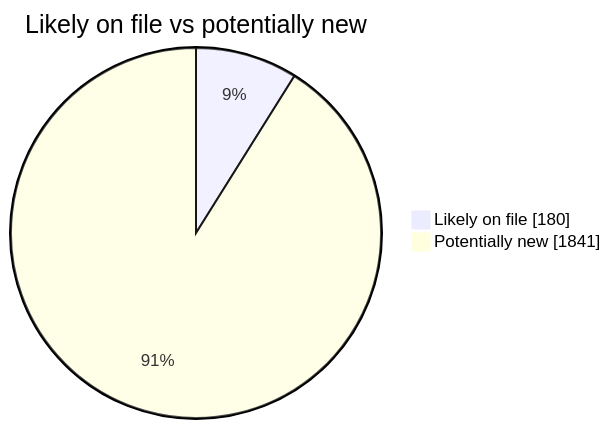
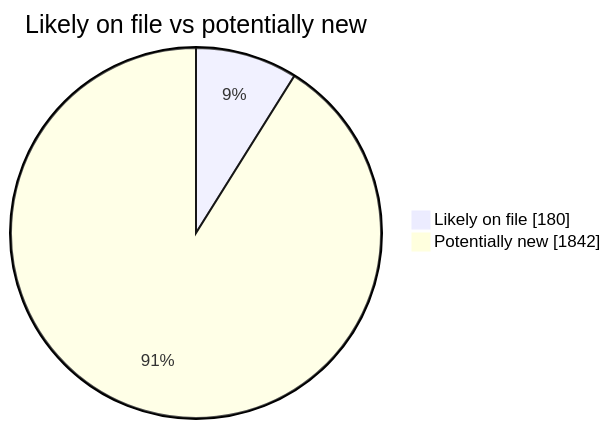
One commit to martinbalfanz/social-scanner-reports changed the second of 4 diagrams in README.md. Above: the diagram before and after it, drawn with Mermaid. The commit also changed other lines of this file and 4 other files, not shown here.

````diff
--- a/README.md
+++ b/README.md
@@ -40,5 +40,5 @@
 ```mermaid
 pie showData title Likely on file vs potentially new
     "Likely on file" : 180
-    "Potentially new" : 1841
+    "Potentially new" : 1842
 ```
````
